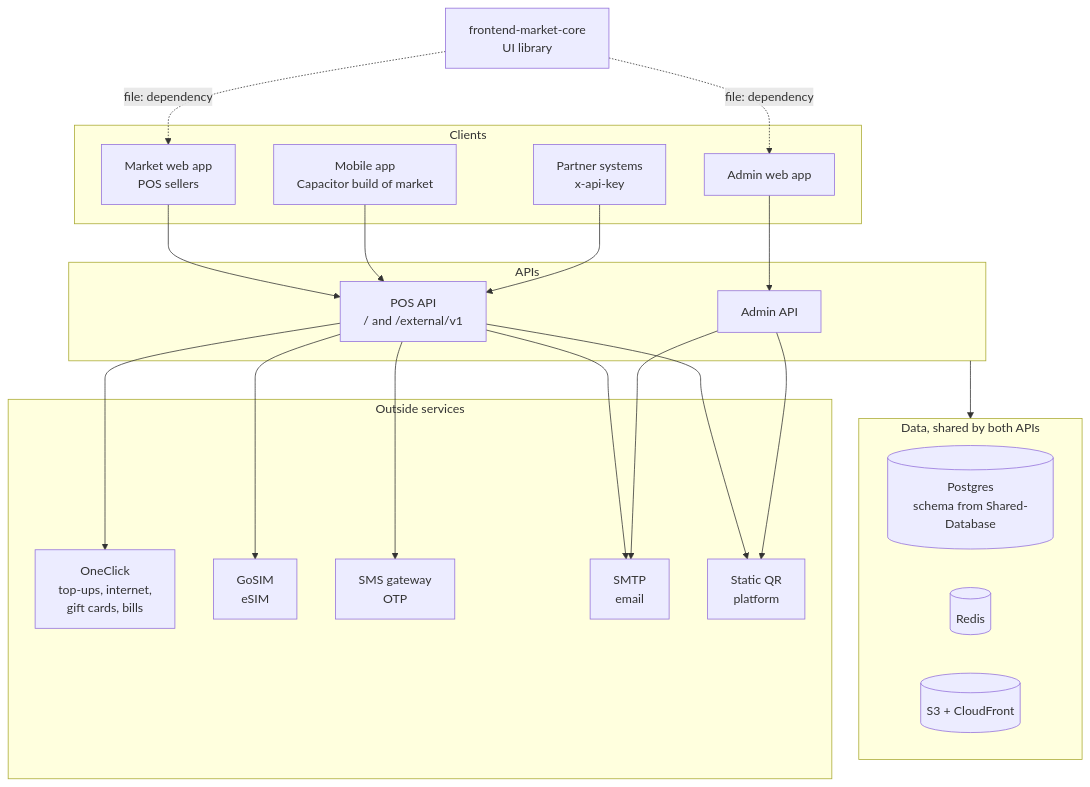
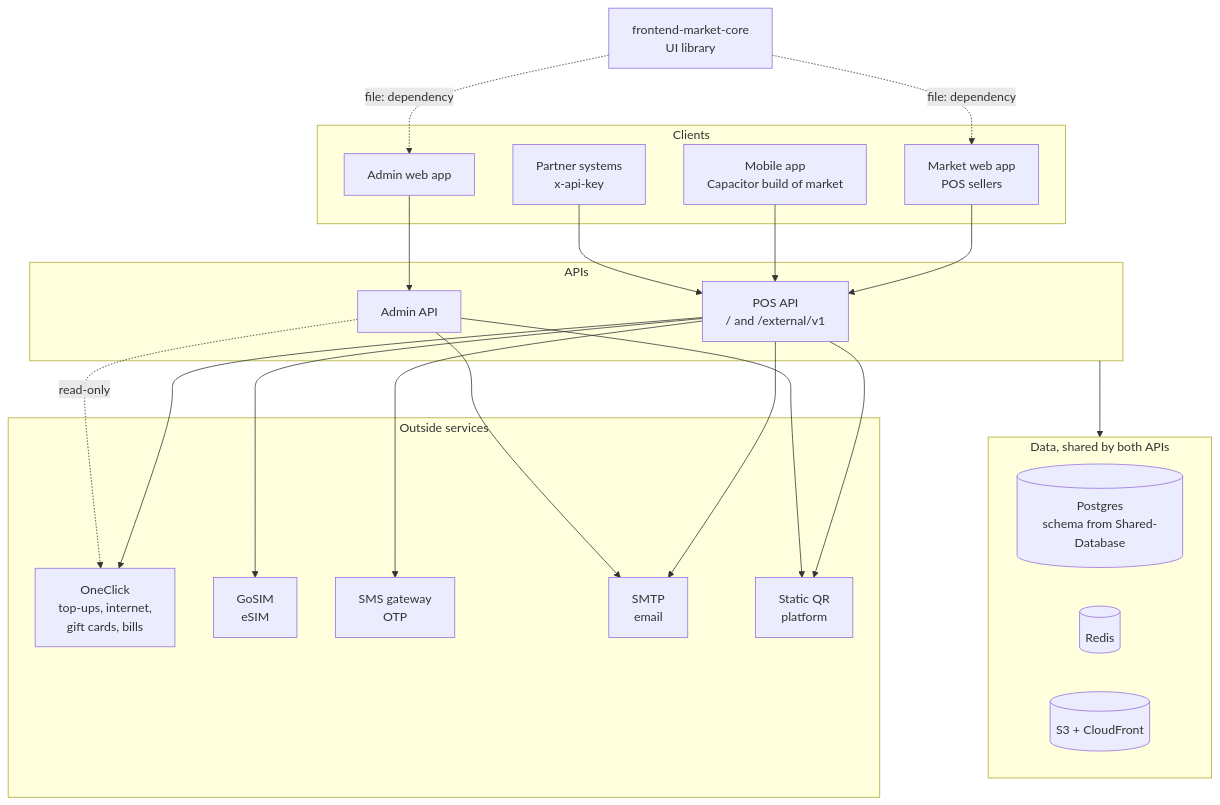
The diagram in internal/architecture.mdx (Evolvit-tech/mizaniya-docs), drawn with Mermaid before and after one commit. The commit also changed other lines of this file and 6 other files, not shown here.

````diff
--- a/internal/architecture.mdx
+++ b/internal/architecture.mdx
@@ -10,45 +10,46 @@
 ```mermaid
 flowchart TB
   core["frontend-market-core<br/>UI library"]
 
   subgraph clients["Clients"]
     market["Market web app<br/>POS sellers"]
     mobile["Mobile app<br/>Capacitor build of market"]
     partner["Partner systems<br/>x-api-key"]
     adminweb["Admin web app"]
   end
 
   subgraph apis["APIs"]
     pos["POS API<br/>/ and /external/v1"]
     admin["Admin API"]
   end
 
   subgraph data["Data, shared by both APIs"]
     pg[("Postgres<br/>schema from Shared-Database")]
     redis[("Redis")]
     s3[("S3 + CloudFront")]
   end
 
   subgraph outside["Outside services"]
     oneclick["OneClick<br/>top-ups, internet,<br/>gift cards, bills"]
     gosim["GoSIM<br/>eSIM"]
     sms["SMS gateway<br/>OTP"]
     smtp["SMTP<br/>email"]
     qr["Static QR<br/>platform"]
   end
 
   core -. "file: dependency" .-> market
   core -. "file: dependency" .-> adminweb
   market --> pos
   mobile --> pos
   partner --> pos
   adminweb --> admin
   apis --> data
   pos --> oneclick
   pos --> gosim
   pos --> sms
   pos --> smtp
   pos --> qr
   admin --> smtp
   admin --> qr
+  admin -. "read-only" .-> oneclick
 ```
````
